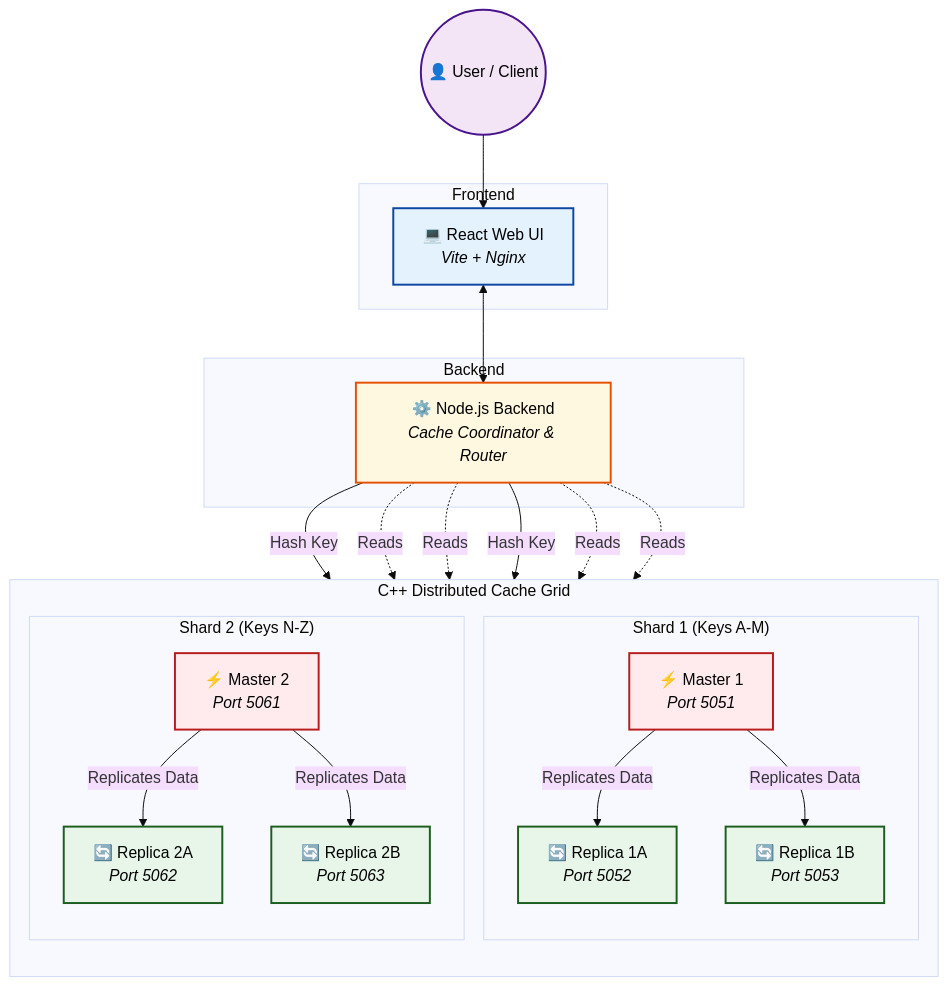
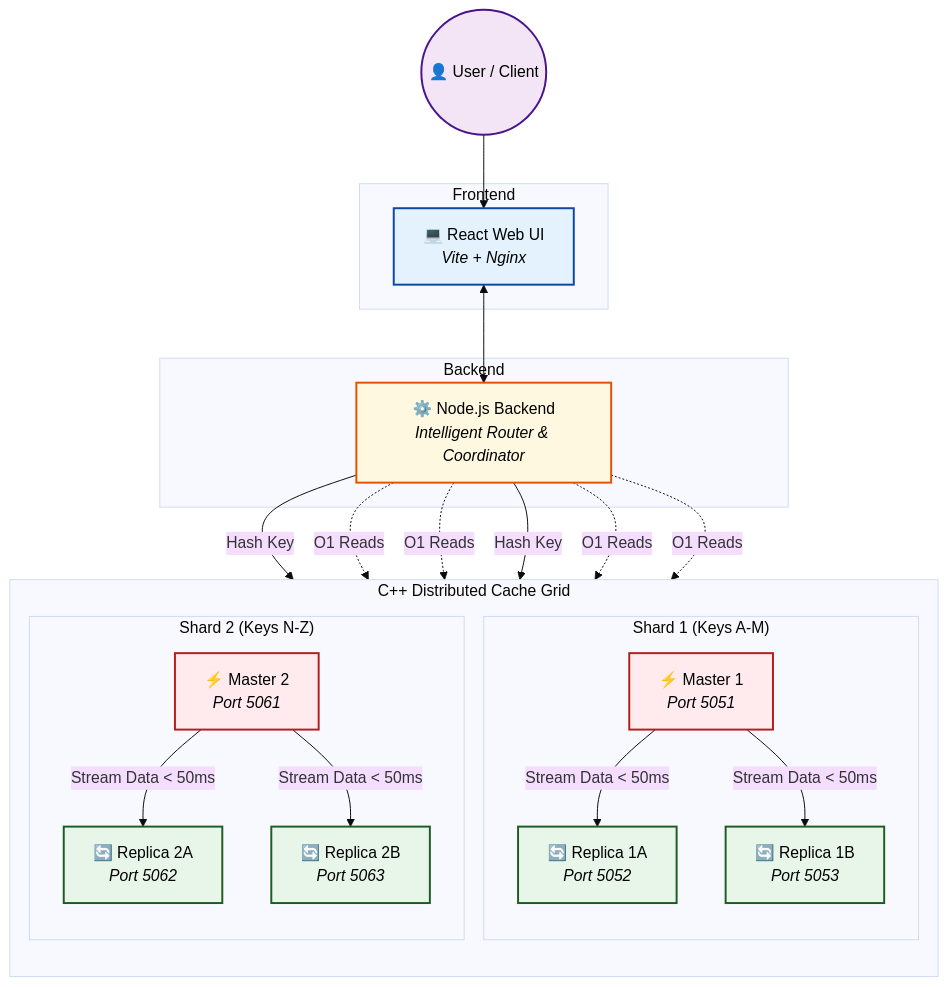
The diagram in README.md (Rudy-123/Distributed-Cache-System), drawn with Mermaid (base theme) before and after one commit. The commit also changed other lines of this file, not shown here.

````diff
--- a/README.md
+++ b/README.md
@@ -23,50 +38,50 @@
 ```mermaid
 graph TD
     classDef frontend fill:#e3f2fd,stroke:#0d47a1,stroke-width:2px,color:#000;
     classDef backend fill:#fff8e1,stroke:#e65100,stroke-width:2px,color:#000;
     classDef cacheMaster fill:#ffebee,stroke:#b71c1c,stroke-width:2px,color:#000;
     classDef cacheReplica fill:#e8f5e9,stroke:#1b5e20,stroke-width:2px,color:#000;
     classDef userNode fill:#f3e5f5,stroke:#4a148c,stroke-width:2px,color:#000;
 
     User((👤 User / Client)):::userNode
 
     subgraph Frontend
         WebApp[💻 React Web UI<br/><i>Vite + Nginx</i>]:::frontend
     end
 
     subgraph Backend
-        Coordinator[⚙️ Node.js Backend<br/><i>Cache Coordinator & Router</i>]:::backend
+        Coordinator[⚙️ Node.js Backend<br/><i>Intelligent Router & Coordinator</i>]:::backend
     end
 
     subgraph C++_Cache_Engine ["C++ Distributed Cache Grid"]
         direction TB
         subgraph Shard_1 ["Shard 1 (Keys A-M)"]
             Master1[⚡ Master 1<br/><i>Port 5051</i>]:::cacheMaster
             Replica1A[🔄 Replica 1A<br/><i>Port 5052</i>]:::cacheReplica
             Replica1B[🔄 Replica 1B<br/><i>Port 5053</i>]:::cacheReplica
         end
 
         subgraph Shard_2 ["Shard 2 (Keys N-Z)"]
             Master2[⚡ Master 2<br/><i>Port 5061</i>]:::cacheMaster
             Replica2A[🔄 Replica 2A<br/><i>Port 5062</i>]:::cacheReplica
             Replica2B[🔄 Replica 2B<br/><i>Port 5063</i>]:::cacheReplica
         end
     end
 
     User --> WebApp
     WebApp <--> Coordinator
     
     %% Coordinator routing to Shard 1
     Coordinator -->|Hash Key| Master1
-    Master1 -->|Replicates Data| Replica1A
-    Master1 -->|Replicates Data| Replica1B
-    Coordinator -.->|Reads| Replica1A
-    Coordinator -.->|Reads| Replica1B
+    Master1 -->|Stream Data < 50ms| Replica1A
+    Master1 -->|Stream Data < 50ms| Replica1B
+    Coordinator -.->|O1 Reads| Replica1A
+    Coordinator -.->|O1 Reads| Replica1B
     
     %% Coordinator routing to Shard 2
     Coordinator -->|Hash Key| Master2
-    Master2 -->|Replicates Data| Replica2A
-    Master2 -->|Replicates Data| Replica2B
-    Coordinator -.->|Reads| Replica2A
-    Coordinator -.->|Reads| Replica2B
+    Master2 -->|Stream Data < 50ms| Replica2A
+    Master2 -->|Stream Data < 50ms| Replica2B
+    Coordinator -.->|O1 Reads| Replica2A
+    Coordinator -.->|O1 Reads| Replica2B
 ```
````
